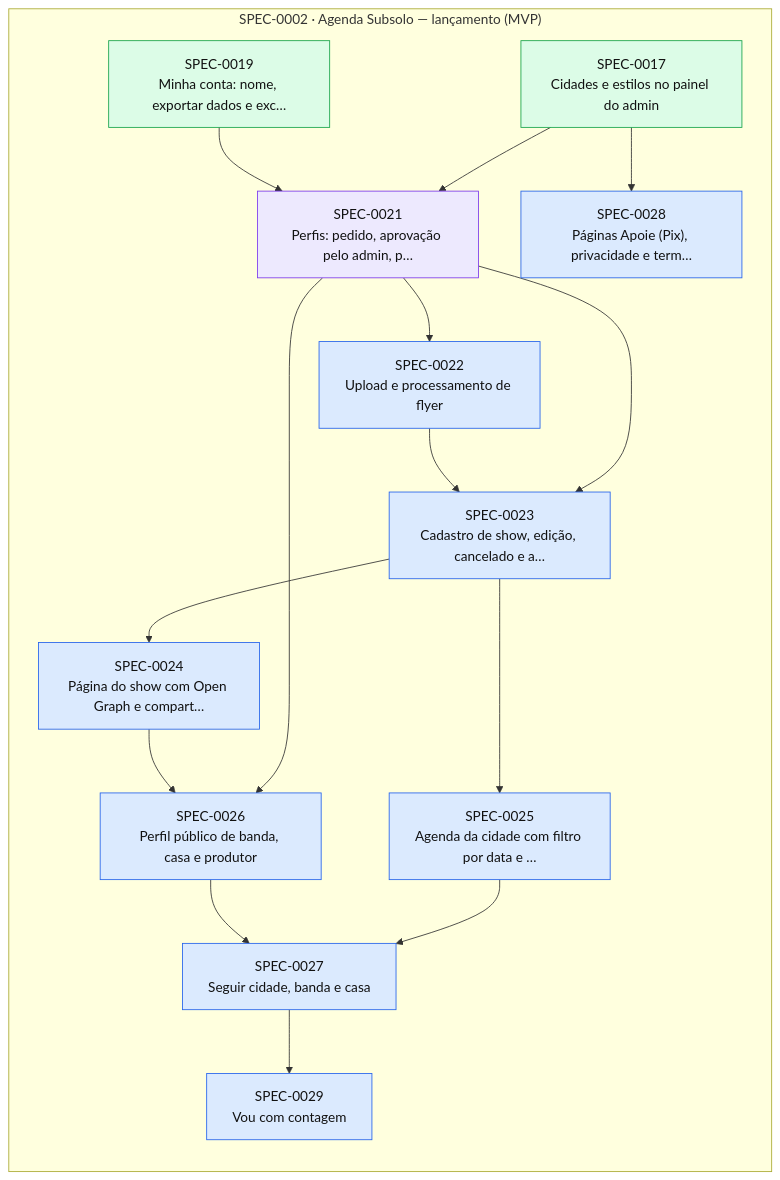
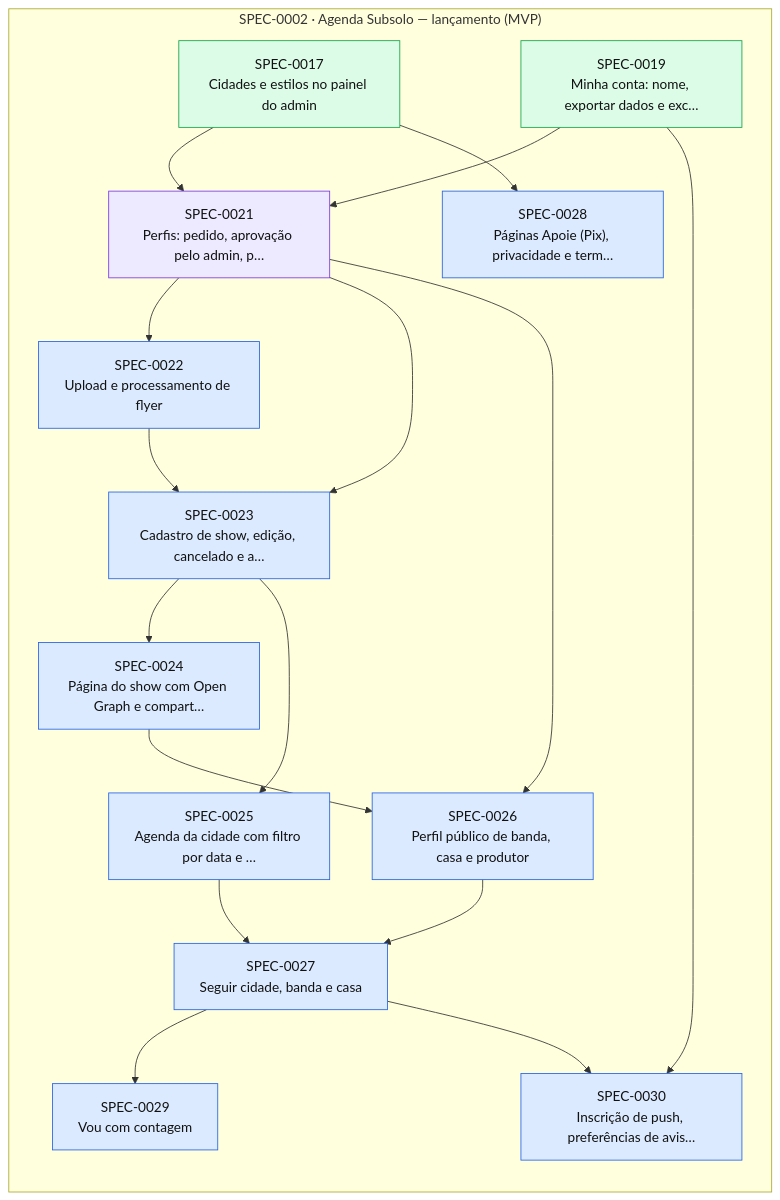
The diagram in docs/specs/INDEX.md (thomasravache/subsolo), drawn with Mermaid before and after one commit. The commit also changed other lines of this file and 3 other files, not shown here.

First line of the commit message:
docs(sdd): add, approve and plan SPEC-0030 (push and notice preferences) under the standing autopilot

````diff
--- a/docs/specs/INDEX.md
+++ b/docs/specs/INDEX.md
@@ -73,34 +74,37 @@
 ```mermaid
 flowchart LR
   subgraph E0002["SPEC-0002 · Agenda Subsolo — lançamento (MVP)"]
     S0017["SPEC-0017<br/>Cidades e estilos no painel do admin"]:::implemented
     S0019["SPEC-0019<br/>Minha conta: nome, exportar dados e exc…"]:::implemented
     S0021["SPEC-0021<br/>Perfis: pedido, aprovação pelo admin, p…"]:::inprogress
     S0022["SPEC-0022<br/>Upload e processamento de flyer"]:::approved
     S0023["SPEC-0023<br/>Cadastro de show, edição, cancelado e a…"]:::approved
     S0024["SPEC-0024<br/>Página do show com Open Graph e compart…"]:::approved
     S0025["SPEC-0025<br/>Agenda da cidade com filtro por data e …"]:::approved
     S0026["SPEC-0026<br/>Perfil público de banda, casa e produtor"]:::approved
     S0027["SPEC-0027<br/>Seguir cidade, banda e casa"]:::approved
     S0028["SPEC-0028<br/>Páginas Apoie (Pix), privacidade e term…"]:::approved
     S0029["SPEC-0029<br/>Vou com contagem"]:::approved
+    S0030["SPEC-0030<br/>Inscrição de push, preferências de avis…"]:::approved
   end
   S0017 --> S0021
   S0019 --> S0021
   S0021 --> S0022
   S0021 --> S0023
   S0022 --> S0023
   S0023 --> S0024
   S0023 --> S0025
   S0021 --> S0026
   S0024 --> S0026
   S0025 --> S0027
   S0026 --> S0027
   S0017 --> S0028
   S0027 --> S0029
+  S0019 --> S0030
+  S0027 --> S0030
   classDef proposed fill:#fef3c7,stroke:#d97706,color:#111
   classDef approved fill:#dbeafe,stroke:#2563eb,color:#111
   classDef inprogress fill:#ede9fe,stroke:#7c3aed,color:#111
   classDef implemented fill:#dcfce7,stroke:#16a34a,color:#111
   classDef deprecated fill:#f3f4f6,stroke:#9ca3af,color:#6b7280
 ```
````
